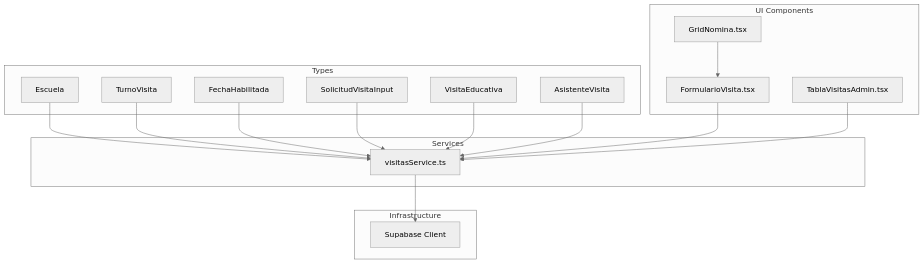
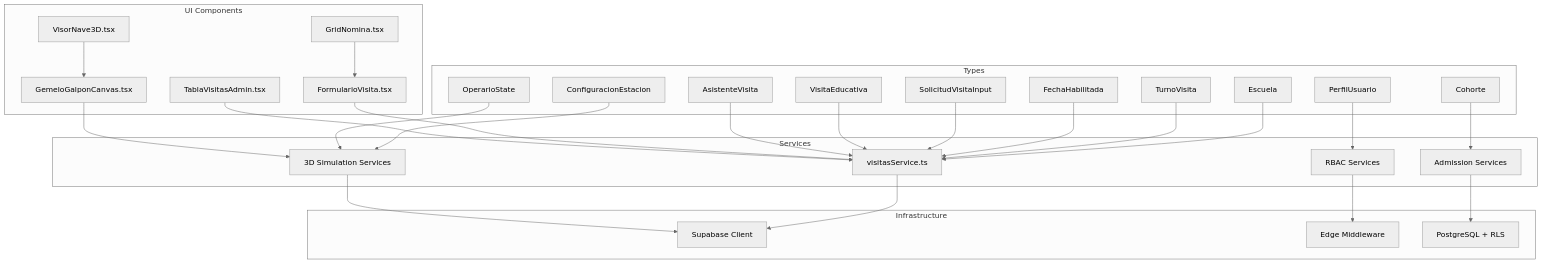
The first of 5 diagrams in .qoder/repowiki/en/content/Core Services & Business Logic/Core Services & Business Logic.md (AgusCatra/simu-twin-web), drawn with Mermaid (neutral theme) before and after one commit. The commit also changed other lines of this file and 27 other files, not shown here.

````diff
--- a/.qoder/repowiki/en/content/Core Services & Business Logic/Core Services & Business Logic.md
+++ b/.qoder/repowiki/en/content/Core Services & Business Logic/Core Services & Business Logic.md
@@ -48,32 +56,52 @@
 ```mermaid
 graph TB
 subgraph "Types"
 T1["Escuela"]
 T2["TurnoVisita"]
 T3["FechaHabilitada"]
 T4["SolicitudVisitaInput"]
 T5["VisitaEducativa"]
 T6["AsistenteVisita"]
+T7["ConfiguracionEstacion"]
+T8["OperarioState"]
+T9["Cohorte"]
+T10["PerfilUsuario"]
 end
 subgraph "Infrastructure"
 S["Supabase Client"]
+M["Edge Middleware"]
+DB["PostgreSQL + RLS"]
 end
 subgraph "Services"
 V["visitasService.ts"]
+G["3D Simulation Services"]
+A["Admission Services"]
+R["RBAC Services"]
 end
 subgraph "UI Components"
 U["FormularioVisita.tsx"]
-G["GridNomina.tsx"]
-A["TablaVisitasAdmin.tsx"]
+GN["GridNomina.tsx"]
+TA["TablaVisitasAdmin.tsx"]
+GC["GemeloGalponCanvas.tsx"]
+VN["VisorNave3D.tsx"]
 end
 T1 --> V
 T2 --> V
 T3 --> V
 T4 --> V
 T5 --> V
 T6 --> V
+T7 --> G
+T8 --> G
+T9 --> A
+T10 --> R
 V --> S
+G --> S
+A --> DB
+R --> M
 U --> V
-G --> U
-A --> V
+GN --> U
+TA --> V
+GC --> G
+VN --> GC
 ```
````
